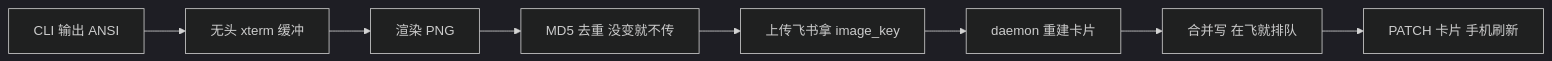
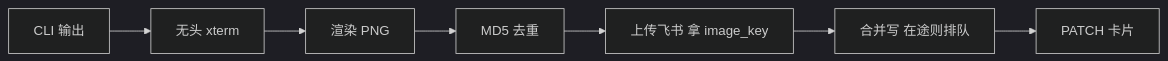
One commit to diguike/book-source-reading changed the fifth of 8 diagrams in book/05-botmux.md. Above: the diagram before and after it, drawn with Mermaid (dark theme). The commit also changed other lines of this file and 14 other files, not shown here.

````diff
--- a/book/05-botmux.md
+++ b/book/05-botmux.md
@@ -620,10 +429,9 @@
 ```mermaid
 graph LR
-    C[CLI 输出 ANSI] --> X[无头 xterm 缓冲]
+    C[CLI 输出] --> X[无头 xterm]
     X --> P[渲染 PNG]
-    P --> H[MD5 去重 没变就不传]
-    H --> U[上传飞书拿 image_key]
-    U --> D[daemon 重建卡片]
-    D --> M[合并写 在飞就排队]
-    M --> Card[PATCH 卡片 手机刷新]
+    P --> H[MD5 去重]
+    H --> U[上传飞书 拿 image_key]
+    U --> M[合并写 在途则排队]
+    M --> Card[PATCH 卡片]
 ```
````
